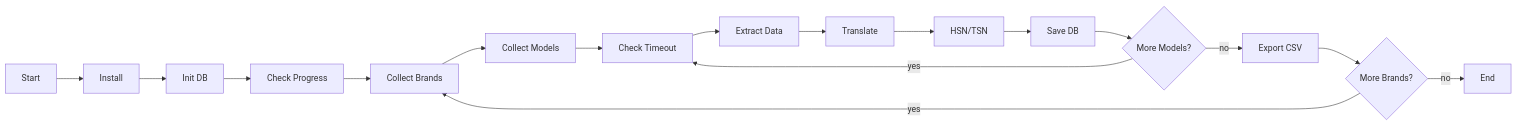
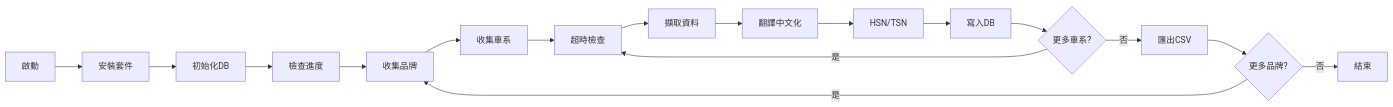
The second of 3 diagrams in 流程圖.md (chi71211/OrangeAutobild), drawn with Mermaid before and after one commit. The commit also changed other lines of this file, not shown here.

Commit message:
Translate flowchart terms to Chinese

````diff
--- a/流程圖.md
+++ b/流程圖.md
@@ -109,19 +109,19 @@
 ```mermaid
 flowchart LR
-    A[Start] --> B[Install]
-    B --> C[Init DB]
-    C --> D[Check Progress]
-    D --> E[Collect Brands]
-    E --> F[Collect Models]
-    F --> G[Check Timeout]
-    G --> H[Extract Data]
-    H --> I[Translate]
+    A[啟動] --> B[安裝套件]
+    B --> C[初始化DB]
+    C --> D[檢查進度]
+    D --> E[收集品牌]
+    E --> F[收集車系]
+    F --> G[超時檢查]
+    G --> H[擷取資料]
+    H --> I[翻譯中文化]
     I --> J[HSN/TSN]
-    J --> K[Save DB]
-    K --> L{More Models?}
-    L -- "yes" --> G
-    L -- "no" --> M[Export CSV]
-    M --> N{More Brands?}
-    N -- "yes" --> E
-    N -- "no" --> O[End]
+    J --> K[寫入DB]
+    K --> L{更多車系?}
+    L -- 是 --> G
+    L -- 否 --> M[匯出CSV]
+    M --> N{更多品牌?}
+    N -- 是 --> E
+    N -- 否 --> O[結束]
 ```
````
